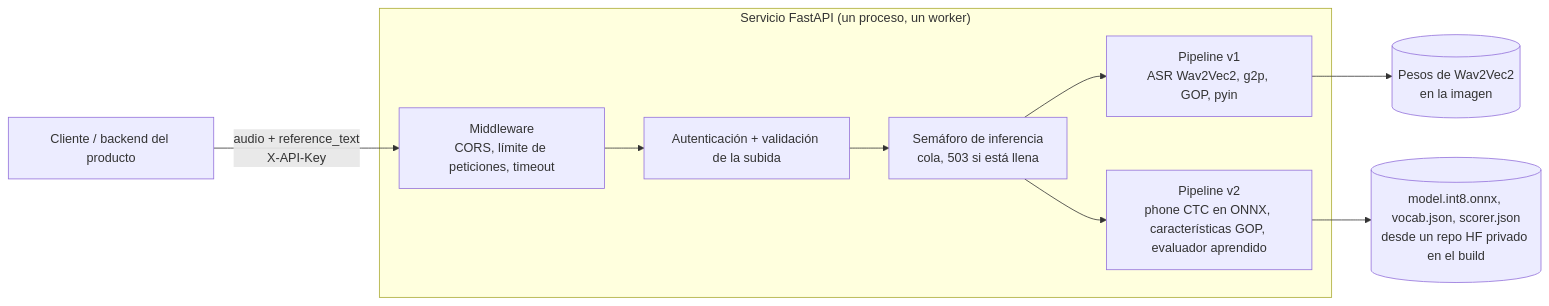
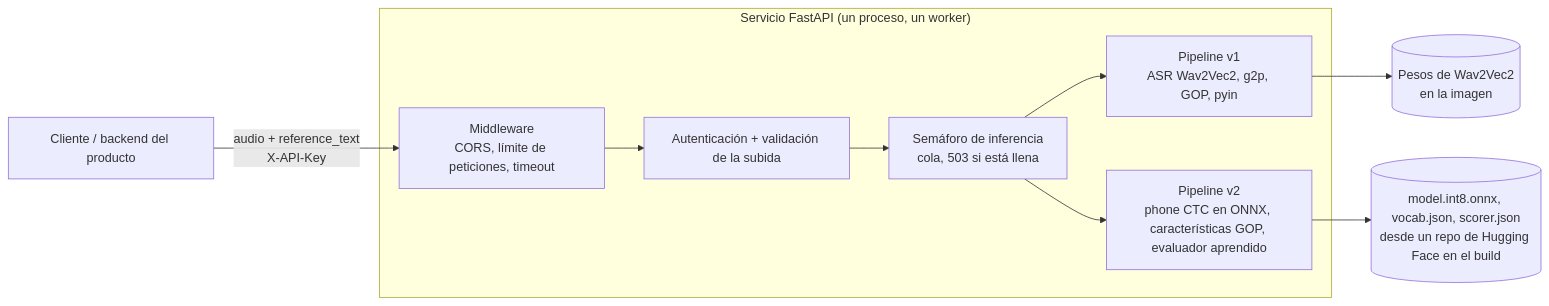
Before and after one commit to dris1153/pronunciation-service: the first of 2 diagrams in languages/es/README.md, drawn with Mermaid. The commit also changed other lines of this file and 40 other files, not shown here.

````diff
--- a/languages/es/README.md
+++ b/languages/es/README.md
@@ -52,12 +52,12 @@
 ```mermaid
 flowchart LR
     client["Cliente / backend del producto"] -->|"audio + reference_text<br/>X-API-Key"| mw
     subgraph svc["Servicio FastAPI (un proceso, un worker)"]
         mw["Middleware<br/>CORS, límite de peticiones, timeout"] --> val["Autenticación + validación de la subida"]
         val --> sem["Semáforo de inferencia<br/>cola, 503 si está llena"]
         sem --> v1["Pipeline v1<br/>ASR Wav2Vec2, g2p, GOP, pyin"]
         sem --> v2["Pipeline v2<br/>phone CTC en ONNX, características GOP, evaluador aprendido"]
     end
     v1 --> w1[("Pesos de Wav2Vec2<br/>en la imagen")]
-    v2 --> w2[("model.int8.onnx, vocab.json, scorer.json<br/>desde un repo HF privado en el build")]
+    v2 --> w2[("model.int8.onnx, vocab.json, scorer.json<br/>desde un repo de Hugging Face en el build")]
 ```
````
